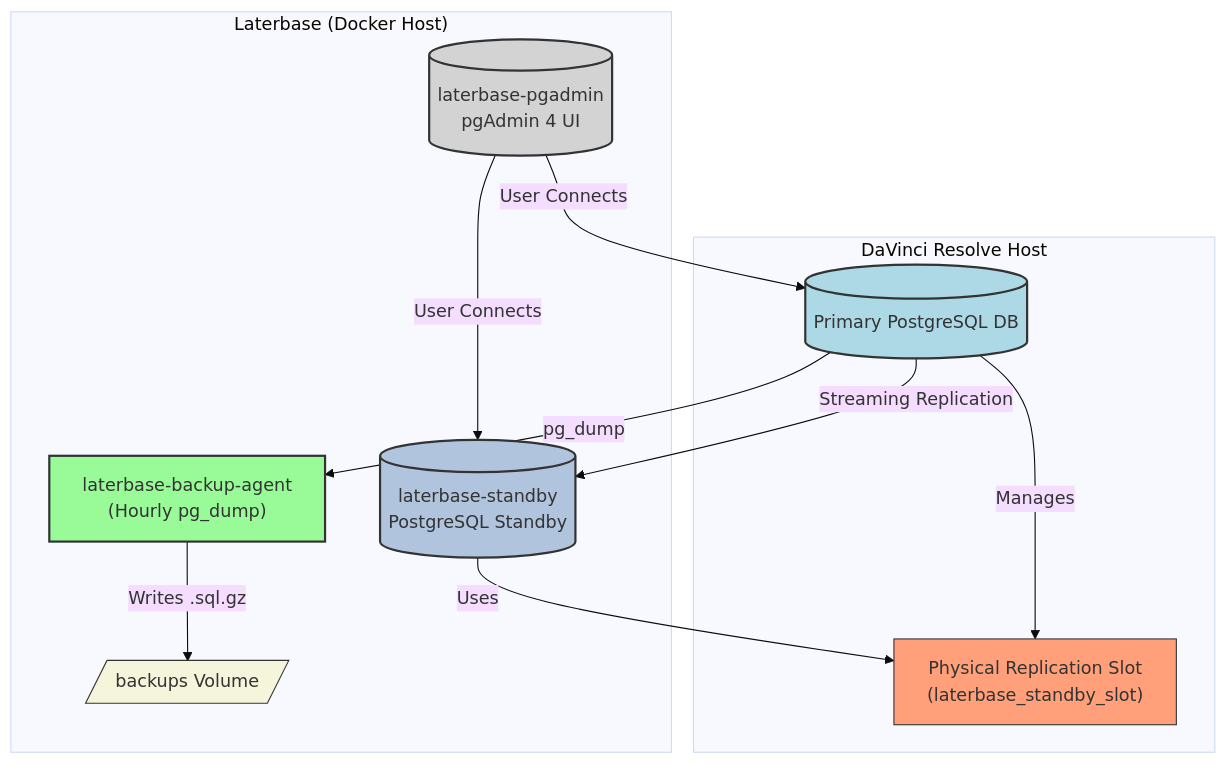
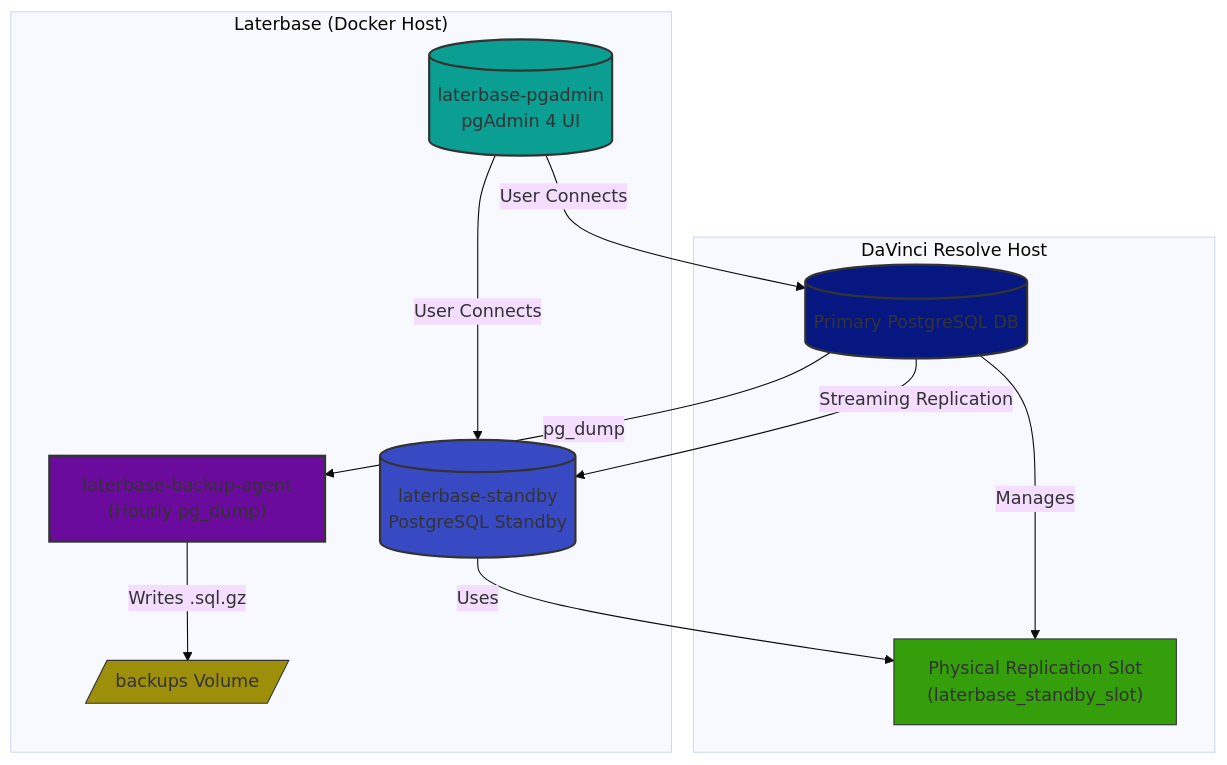
Before and after one commit to Johnr24/laterbase: the diagram in README.md, drawn with Mermaid (base theme).

Commit message:
readme mmm deee

````diff
--- a/README.md
+++ b/README.md
@@ -17,29 +17,29 @@
 ```mermaid
 graph TD
     subgraph "DaVinci Resolve Host"
         PrimaryDB[(Primary PostgreSQL DB)]
         ReplicationSlot["Physical Replication Slot<br>(laterbase_standby_slot)"]
         PrimaryDB -- Manages --> ReplicationSlot
     end
 
     subgraph "Laterbase (Docker Host)"
         StandbyDB[("laterbase-standby<br>PostgreSQL Standby")]
         BackupAgent["laterbase-backup-agent<br>(Hourly pg_dump)"]
         PgAdminUI[("laterbase-pgadmin<br>pgAdmin 4 UI")]
         BackupVolume[/backups Volume/]
     end
 
     PrimaryDB -- Streaming Replication --> StandbyDB
     PrimaryDB -- pg_dump --> BackupAgent
     BackupAgent -- Writes .sql.gz --> BackupVolume
     PgAdminUI -- User Connects --> PrimaryDB
     PgAdminUI -- User Connects --> StandbyDB
     StandbyDB -- Uses --> ReplicationSlot
 
-    style PrimaryDB fill:#add8e6,stroke:#333,stroke-width:2px
-    style StandbyDB fill:#b0c4de,stroke:#333,stroke-width:2px
-    style BackupAgent fill:#98fb98,stroke:#333,stroke-width:2px
-    style PgAdminUI fill:#d3d3d3,stroke:#333,stroke-width:2px
-    style ReplicationSlot fill:#ffa07a,stroke:#333,stroke-width:1px
-    style BackupVolume fill:#f5f5dc,stroke:#333,stroke-width:1px
+    style PrimaryDB fill:#071782,stroke:#333,stroke-width:2px
+    style StandbyDB fill:#374ac4,stroke:#333,stroke-width:2px
+    style BackupAgent fill:#6b0b9e,stroke:#333,stroke-width:2px
+    style PgAdminUI fill:#0b9e92,stroke:#333,stroke-width:2px
+    style ReplicationSlot fill:#359e0b,stroke:#333,stroke-width:1px
+    style BackupVolume fill:#9e8f0b,stroke:#333,stroke-width:1px
 ```
````
